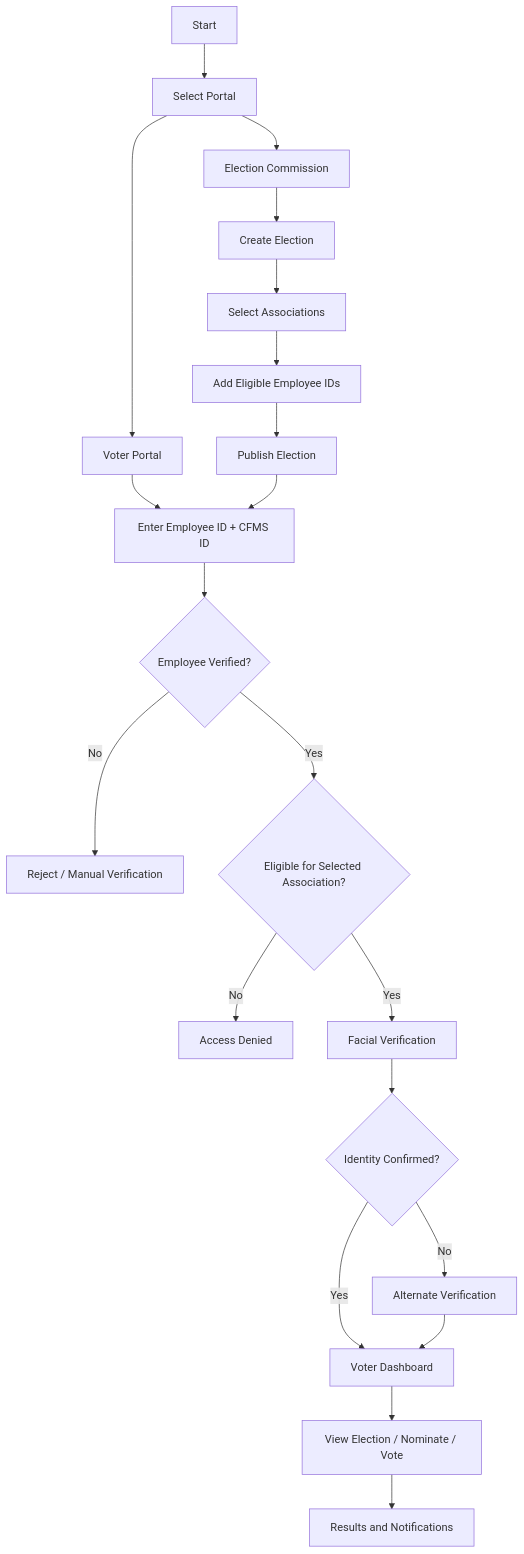
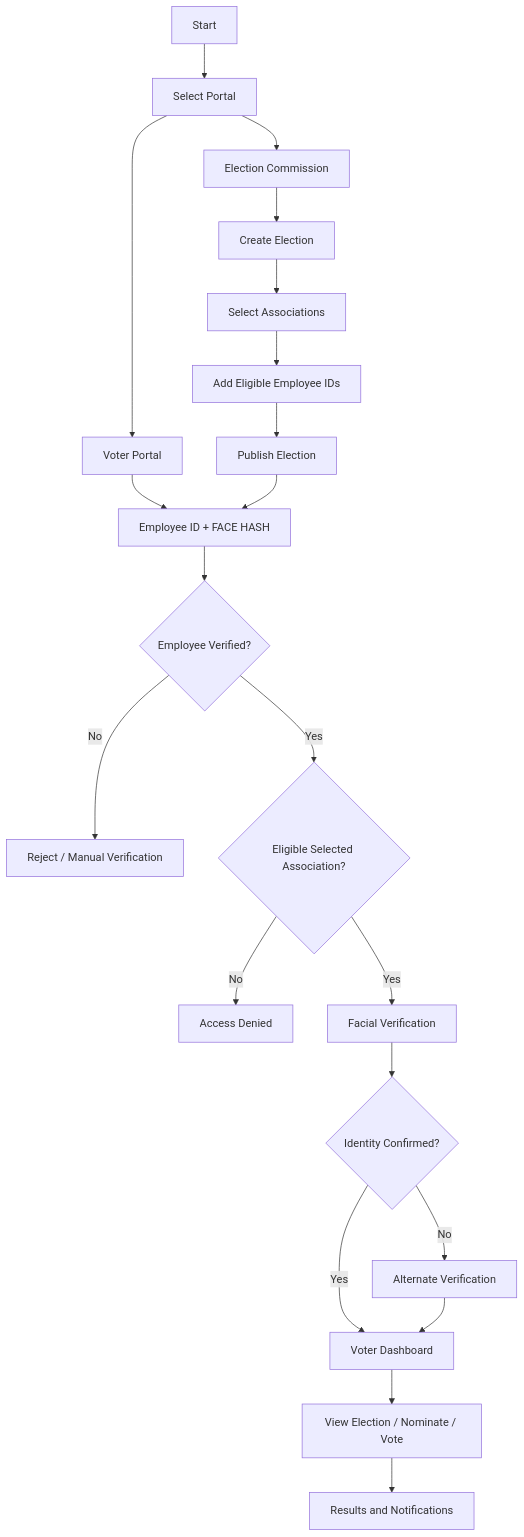
Before and after one commit to Mxkarthik/NanoVote: the diagram in README.md, drawn with Mermaid.

Commit message:
Face Authentication added in the High Level Design

````diff
--- a/README.md
+++ b/README.md
@@ -3,33 +3,33 @@
 ```mermaid
 flowchart TD
     A["Start"] --> B["Select Portal"]
 
     B --> C["Election Commission"]
     B --> D["Voter Portal"]
 
     C --> E["Create Election"]
     E --> F["Select Associations"]
     F --> G["Add Eligible Employee IDs"]
     G --> H["Publish Election"]
 
-    D --> I["Enter Employee ID + CFMS ID"]
+    D --> I["Employee ID + FACE HASH"]
     H --> I
 
     I --> J{"Employee Verified?"}
 
     J -->|No| K["Reject / Manual Verification"]
-    J -->|Yes| L{"Eligible for Selected Association?"}
+    J -->|Yes| L{"Eligible Selected Association?"}
 
     L -->|No| M["Access Denied"]
     L -->|Yes| N["Facial Verification"]
 
     N --> O{"Identity Confirmed?"}
 
     O -->|No| P["Alternate Verification"]
     O -->|Yes| Q["Voter Dashboard"]
 
     P --> Q
 
     Q --> R["View Election / Nominate / Vote"]
     R --> S["Results and Notifications"]
 ```
````
